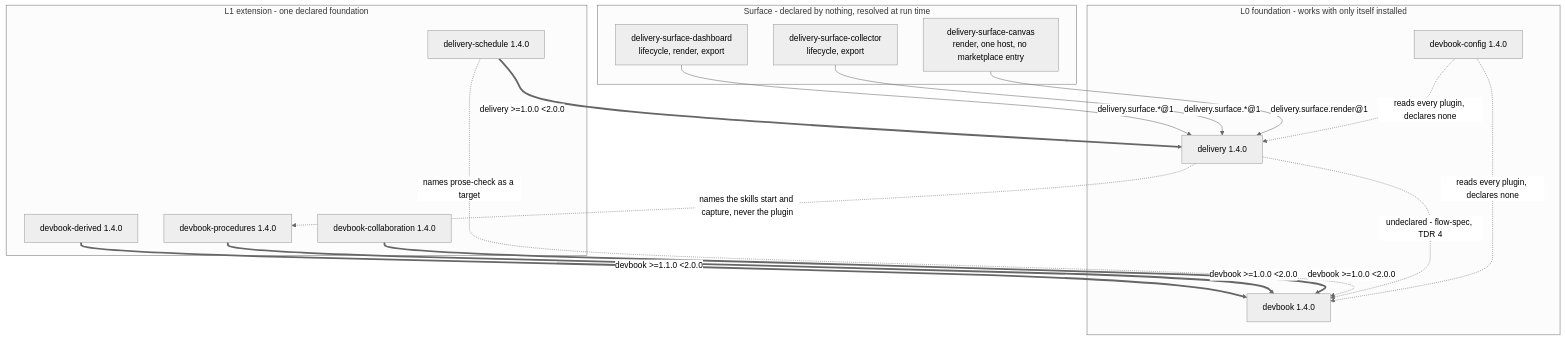
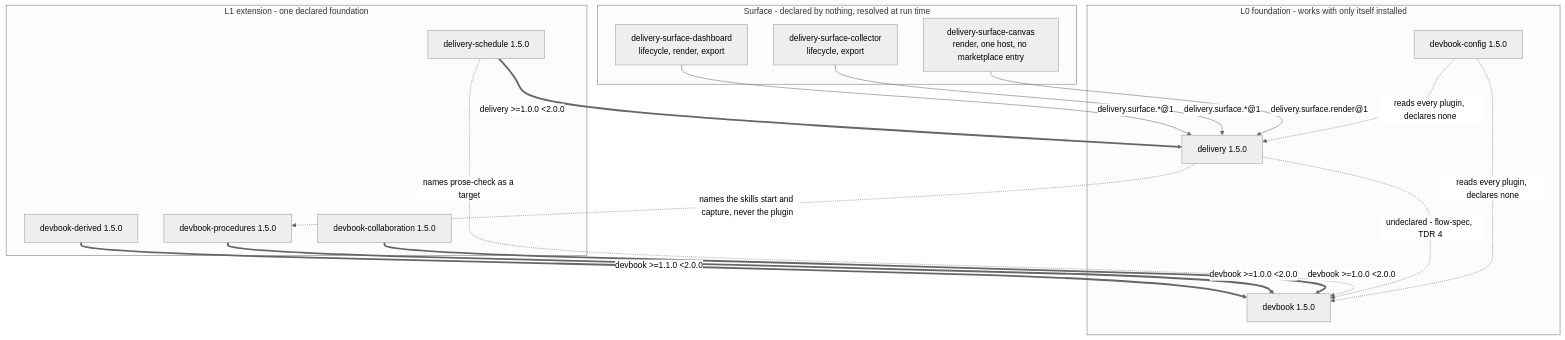
Before and after one commit to JSdotNet/devbook: the first of 3 diagrams in .devbook/arc42/05-building-block-view.md, drawn with Mermaid (neutral theme). The commit also changed 22 other files, not shown here.

````diff
--- a/.devbook/arc42/05-building-block-view.md
+++ b/.devbook/arc42/05-building-block-view.md
@@ -28,36 +28,36 @@
 ```mermaid
 flowchart TB
     subgraph L0["L0 foundation - works with only itself installed"]
-        DEV["devbook 1.4.0"]
-        DEL["delivery 1.4.0"]
-        CFG["devbook-config 1.4.0"]
+        DEV["devbook 1.5.0"]
+        DEL["delivery 1.5.0"]
+        CFG["devbook-config 1.5.0"]
     end
 
     subgraph L1["L1 extension - one declared foundation"]
-        DBD["devbook-derived 1.4.0"]
-        DPR["devbook-procedures 1.4.0"]
-        DBC["devbook-collaboration 1.4.0"]
-        SCH["delivery-schedule 1.4.0"]
+        DBD["devbook-derived 1.5.0"]
+        DPR["devbook-procedures 1.5.0"]
+        DBC["devbook-collaboration 1.5.0"]
+        SCH["delivery-schedule 1.5.0"]
     end
 
     subgraph SURF["Surface - declared by nothing, resolved at run time"]
         SD["delivery-surface-dashboard<br/>lifecycle, render, export"]
         SL["delivery-surface-collector<br/>lifecycle, export"]
         SC["delivery-surface-canvas<br/>render, one host, no marketplace entry"]
     end
 
     DBD ==>|"devbook >=1.1.0 &lt;2.0.0"| DEV
     DPR ==>|"devbook >=1.0.0 &lt;2.0.0"| DEV
     DBC ==>|"devbook >=1.0.0 &lt;2.0.0"| DEV
     SCH ==>|"delivery >=1.0.0 &lt;2.0.0"| DEL
 
     SD -->|"delivery.surface.*@1"| DEL
     SL -->|"delivery.surface.*@1"| DEL
     SC -->|"delivery.surface.render@1"| DEL
 
     SCH -.->|"names prose-check as a target"| DEV
     DEL -.->|"undeclared - flow-spec, TDR 4"| DEV
     DEL -.->|"names the skills start and capture, never the plugin"| DPR
     CFG -.->|"reads every plugin, declares none"| DEV
     CFG -.->|"reads every plugin, declares none"| DEL
 ```
````
